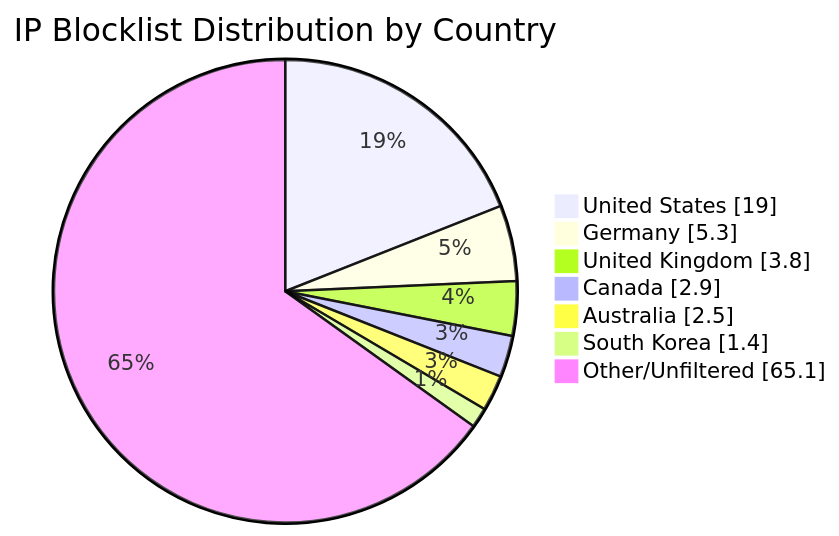
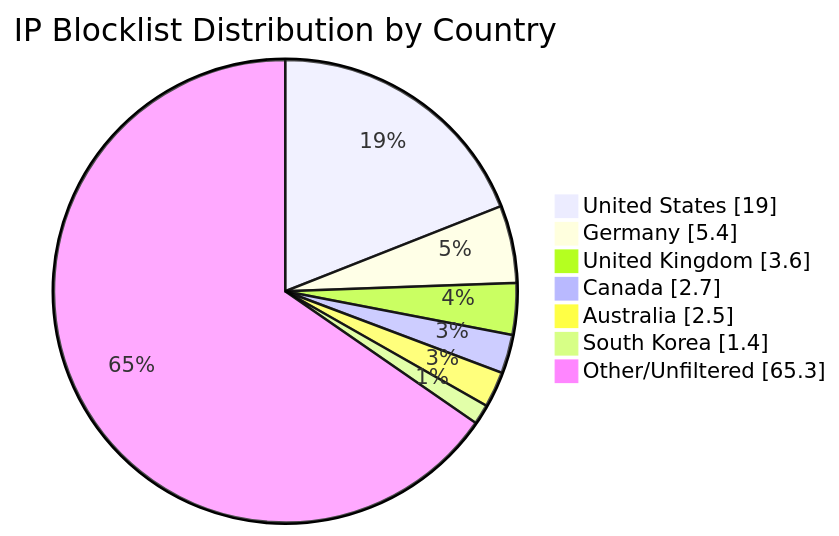
The diagram in README.md (MarcusHoltz/ipblocklist-geofiltered-aggregator), drawn with Mermaid before and after one commit. The commit also changed other lines of this file and 9 other files, not shown here.

````diff
--- a/README.md
+++ b/README.md
@@ -34,10 +34,10 @@
 ```mermaid
 pie showData title IP Blocklist Distribution by Country
 "United States" : 19.0
-"Germany" : 5.3
-"United Kingdom" : 3.8
-"Canada" : 2.9
+"Germany" : 5.4
+"United Kingdom" : 3.6
+"Canada" : 2.7
 "Australia" : 2.5
 "South Korea" : 1.4
-"Other/Unfiltered" : 65.1
+"Other/Unfiltered" : 65.3
 ```
````
